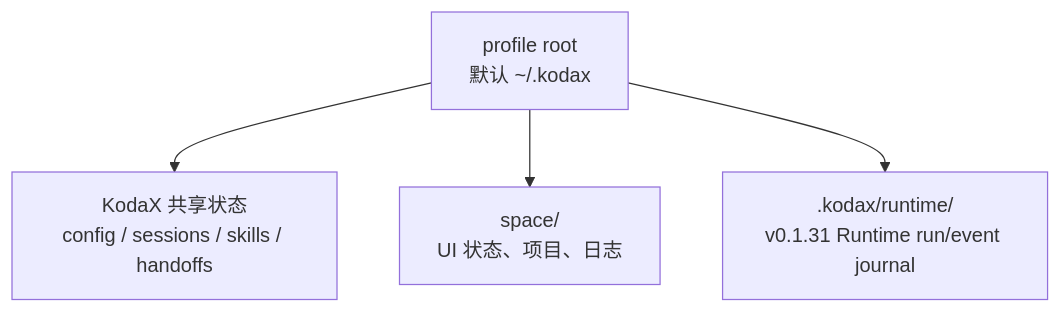
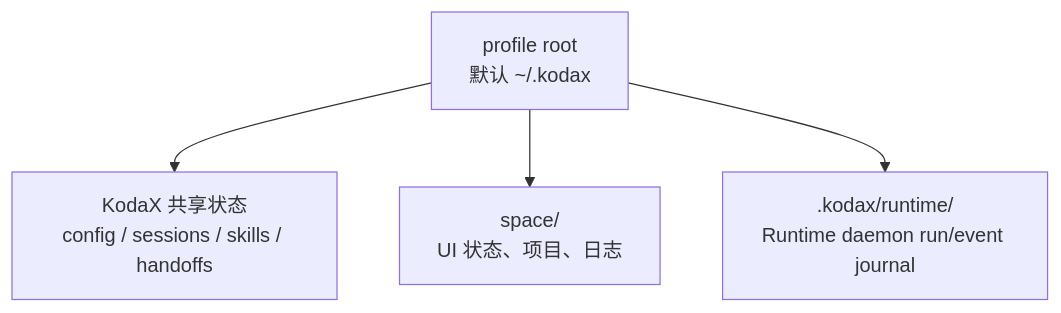
One commit to icetomoyo/KodaX-Space changed the first of 2 diagrams in docs/USAGE.md. Above: the diagram before and after it, drawn with Mermaid. The commit also changed other lines of this file and 16 other files, not shown here.

````diff
--- a/docs/USAGE.md
+++ b/docs/USAGE.md
@@ -48,6 +48,6 @@
 ```mermaid
 flowchart TD
     Root["profile root<br/>默认 ~/.kodax"] --> Shared["KodaX 共享状态<br/>config / sessions / skills / handoffs"]
     Root --> Space["space/<br/>UI 状态、项目、日志"]
-    Root --> Runtime[".kodax/runtime/<br/>v0.1.31 Runtime run/event journal"]
+    Root --> Runtime[".kodax/runtime/<br/>Runtime daemon run/event journal"]
 ```
````
